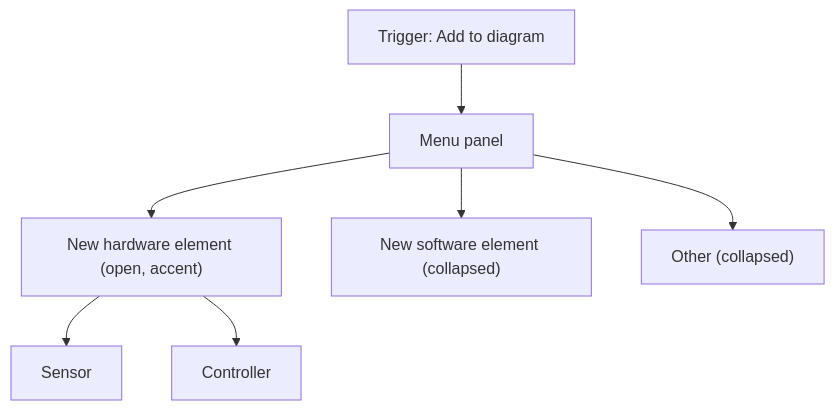
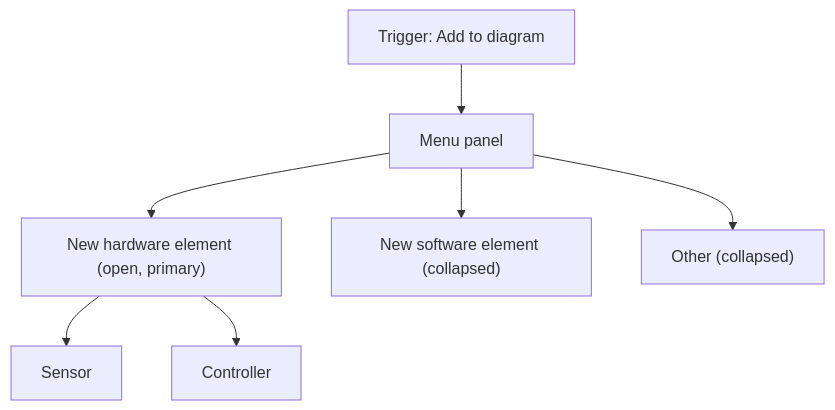
The ninth of 31 diagrams in docs/ux-style-guide.md (ballardr/reqtrackmanager), drawn with Mermaid before and after one commit. The commit also changed other lines of this file and 4 other files, not shown here.

Commit message:
Phase 20g - Review 9: the open entry of a menu tree takes the product's own colour, not the green accent

````diff
--- a/docs/ux-style-guide.md
+++ b/docs/ux-style-guide.md
@@ -343,9 +343,9 @@
 ```mermaid
 flowchart TD
     T["Trigger: Add to diagram"] --> M["Menu panel"]
-    M --> G1["New hardware element (open, accent)"]
+    M --> G1["New hardware element (open, primary)"]
     G1 --> I1["Sensor"]
     G1 --> I2["Controller"]
     M --> G2["New software element (collapsed)"]
     M --> G3["Other (collapsed)"]
 ```
````
